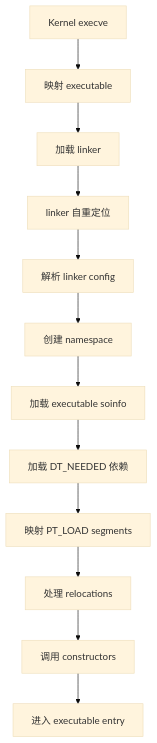
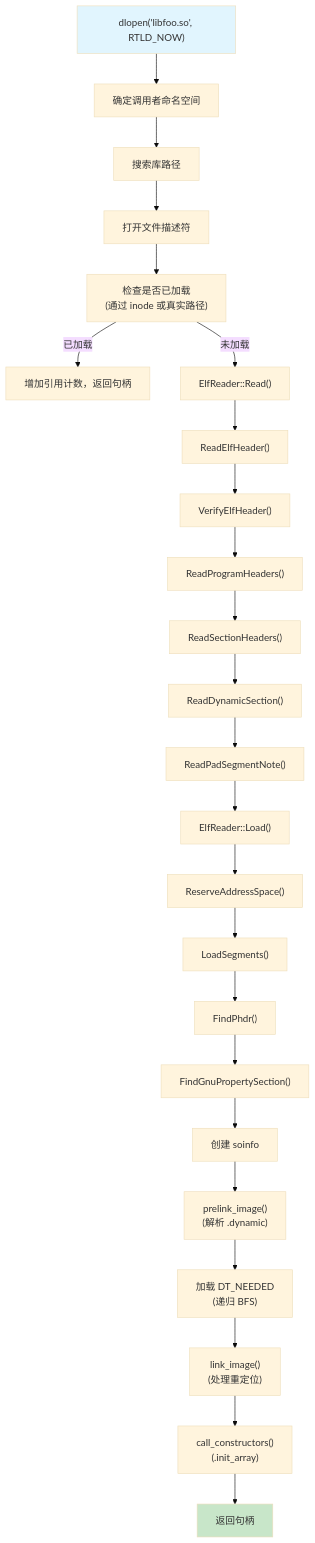
The ninth of 13 diagrams in 07-bionic-and-linker-zh.md (fwrite0920/aosp-internal-book), drawn with Mermaid (base theme) before and after one commit. The commit also changed other lines of this file and 63 other files, not shown here.

````diff
--- a/07-bionic-and-linker-zh.md
+++ b/07-bionic-and-linker-zh.md
@@ -549,14 +1435,32 @@
 ```mermaid
 graph TD
-    A["Kernel execve"] --> B["映射 executable"]
-    B --> C["加载 linker"]
-    C --> D["linker 自重定位"]
-    D --> E["解析 linker config"]
-    E --> F["创建 namespace"]
-    F --> G["加载 executable soinfo"]
-    G --> H["加载 DT_NEEDED 依赖"]
-    H --> I["映射 PT_LOAD segments"]
-    I --> J["处理 relocations"]
-    J --> K["调用 constructors"]
-    K --> L["进入 executable entry"]
+    A["dlopen('libfoo.so', RTLD_NOW)"] --> B["确定调用者命名空间"]
+    B --> C["搜索库路径"]
+    C --> D["打开文件描述符"]
+    D --> E["检查是否已加载<br/>(通过 inode 或真实路径)"]
+    E -->|已加载| F["增加引用计数，返回句柄"]
+    E -->|未加载| G["ElfReader::Read()"]
+
+    G --> G1["ReadElfHeader()"]
+    G1 --> G2["VerifyElfHeader()"]
+    G2 --> G3["ReadProgramHeaders()"]
+    G3 --> G4["ReadSectionHeaders()"]
+    G4 --> G5["ReadDynamicSection()"]
+    G5 --> G6["ReadPadSegmentNote()"]
+
+    G6 --> H["ElfReader::Load()"]
+    H --> H1["ReserveAddressSpace()"]
+    H1 --> H2["LoadSegments()"]
+    H2 --> H3["FindPhdr()"]
+    H3 --> H4["FindGnuPropertySection()"]
+
+    H4 --> I["创建 soinfo"]
+    I --> J["prelink_image()<br/>(解析 .dynamic)"]
+    J --> K["加载 DT_NEEDED<br/>(递归 BFS)"]
+    K --> L["link_image()<br/>(处理重定位)"]
+    L --> M["call_constructors()<br/>(.init_array)"]
+    M --> N["返回句柄"]
+
+    style A fill:#e1f5fe
+    style N fill:#c8e6c9
 ```
````
